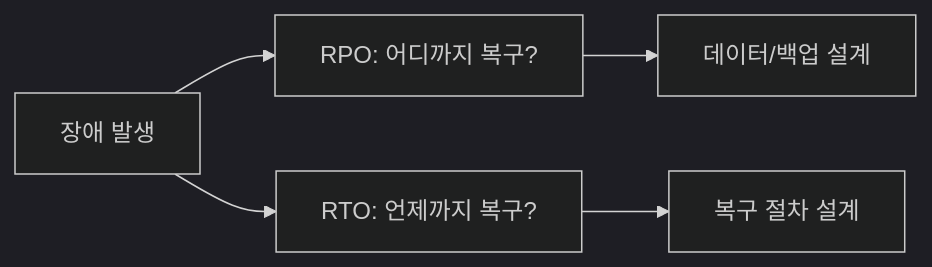
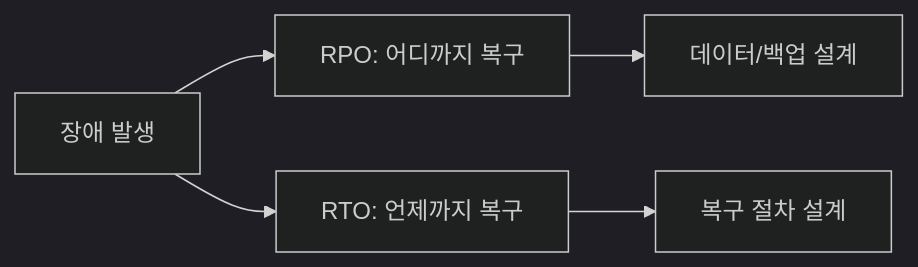
One commit to gwonmin/QuizNox_front changed the diagram in public/handbook/core-cs/rto-rpo.md. Above: the diagram before and after it, drawn with Mermaid (dark theme). The commit also changed other lines of this file and 125 other files, not shown here.

````diff
--- a/public/handbook/core-cs/rto-rpo.md
+++ b/public/handbook/core-cs/rto-rpo.md
@@ -20,8 +21,8 @@
 ```mermaid
 flowchart LR
   T[장애 발생]
-  T --> P[RPO: 어디까지 복구?]
-  T --> R[RTO: 언제까지 복구?]
+  T --> P[RPO: 어디까지 복구]
+  T --> R[RTO: 언제까지 복구]
   P --> D[데이터/백업 설계]
   R --> O[복구 절차 설계]
 ```
````
